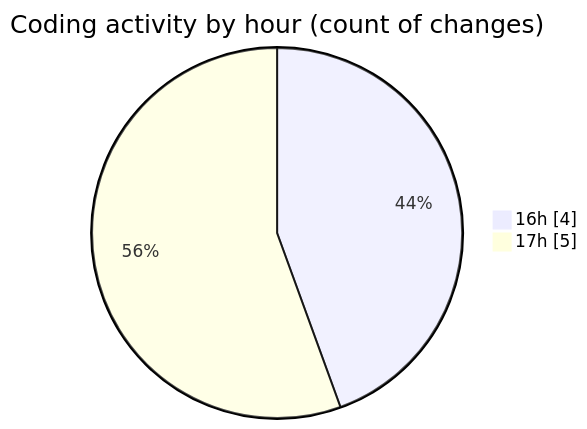
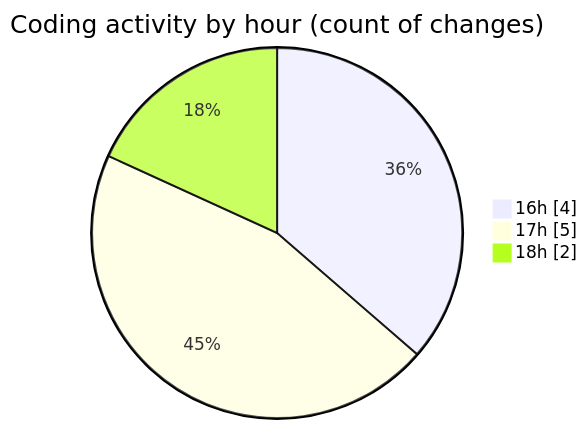
The second of 2 diagrams in 2025-07-12/cursor-openrouter-proxy/README.md (EIIisD/code-tracking), drawn with Mermaid before and after one commit. The commit also changed other lines of this file and 1 other file, not shown here.

````diff
--- a/2025-07-12/cursor-openrouter-proxy/README.md
+++ b/2025-07-12/cursor-openrouter-proxy/README.md
@@ -30,6 +32,7 @@
 ```mermaid
 pie showData
 title Coding activity by hour (count of changes)
 "16h" : 4
 "17h" : 5
+"18h" : 2
 ```
````
